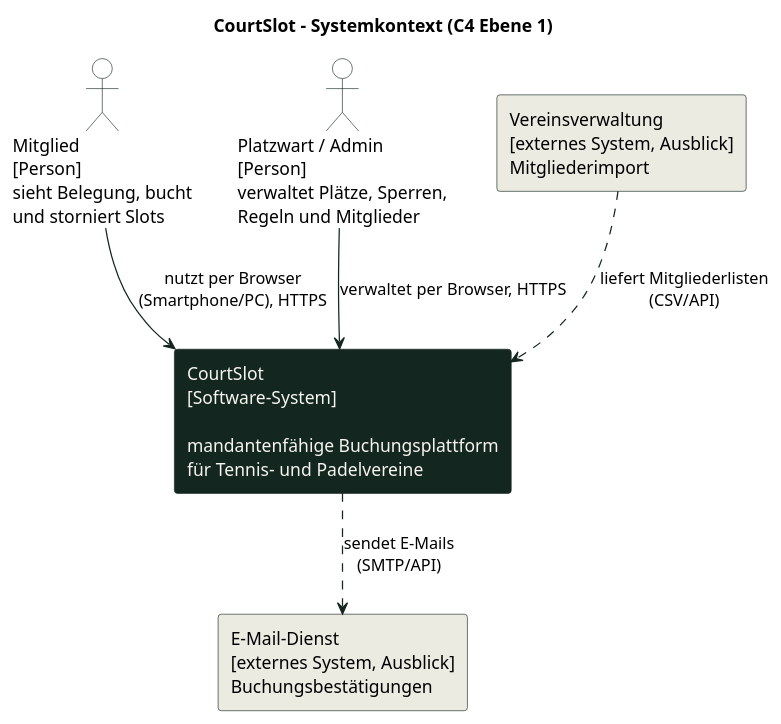
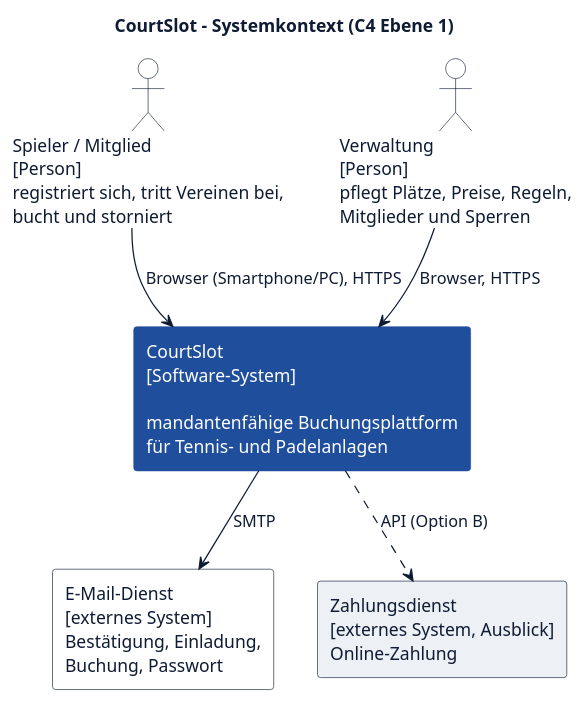
Before and after one commit to pasi140802/Anwendungsentwicklung: the diagram in docs/uml/06_c4_kontext.puml, drawn with PlantUML. The commit also changed 26 other files, not shown here.

First line of the commit message:
UML-Diagramme auf Plattform-Modell und App-Farben aktualisiert

```diff
--- a/docs/uml/06_c4_kontext.puml
+++ b/docs/uml/06_c4_kontext.puml
@@ -1,30 +1,31 @@
 @startuml c4_kontext
 title CourtSlot – Systemkontext (C4 Ebene 1)
 skinparam shadowing false
-skinparam ArrowColor #13261F
+skinparam ArrowColor #0e1b33
 skinparam defaultFontName Arial
+skinparam defaultFontColor #0e1b33
 skinparam rectangle {
-  BorderColor #13261F
+  BorderColor #0e1b33
 }
 skinparam rectangle<<system>> {
-  BackgroundColor #13261F
-  FontColor #F6F5EF
-  StereotypeFontColor #13261F
+  BackgroundColor #1f4e9c
+  FontColor #FFFFFF
+  BorderColor #1f4e9c
 }
 hide stereotype
-skinparam actorBorderColor #13261F
+skinparam actorBorderColor #0e1b33
 skinparam actorBackgroundColor #FFFFFF
 
-actor "Mitglied\n[Person]\nsieht Belegung, bucht\nund storniert Slots" as M
-actor "Platzwart / Admin\n[Person]\nverwaltet Plätze, Sperren,\nRegeln und Mitglieder" as A
+actor "Spieler / Mitglied\n[Person]\nregistriert sich, tritt Vereinen bei,\nbucht und storniert" as M
+actor "Verwaltung\n[Person]\npflegt Plätze, Preise, Regeln,\nMitglieder und Sperren" as A
 
-rectangle "CourtSlot\n[Software-System]\n\nmandantenfähige Buchungsplattform\nfür Tennis- und Padelvereine" <<system>> as CS
+rectangle "CourtSlot\n[Software-System]\n\nmandantenfähige Buchungsplattform\nfür Tennis- und Padelanlagen" <<system>> as CS
 
-rectangle "E-Mail-Dienst\n[externes System, Ausblick]\nBuchungsbestätigungen" as MAIL #ECEBE2
-rectangle "Vereinsverwaltung\n[externes System, Ausblick]\nMitgliederimport" as VV #ECEBE2
+rectangle "E-Mail-Dienst\n[externes System]\nBestätigung, Einladung,\nBuchung, Passwort" as MAIL #FFFFFF
+rectangle "Zahlungsdienst\n[externes System, Ausblick]\nOnline-Zahlung" as PAY #edf1f6
 
-M --> CS : nutzt per Browser\n(Smartphone/PC), HTTPS
-A --> CS : verwaltet per Browser, HTTPS
-CS ..> MAIL : sendet E-Mails\n(SMTP/API)
-VV ..> CS : liefert Mitgliederlisten\n(CSV/API)
+M --> CS : Browser (Smartphone/PC), HTTPS
+A --> CS : Browser, HTTPS
+CS --> MAIL : SMTP
+CS ..> PAY : API (Option B)
 @enduml
```
